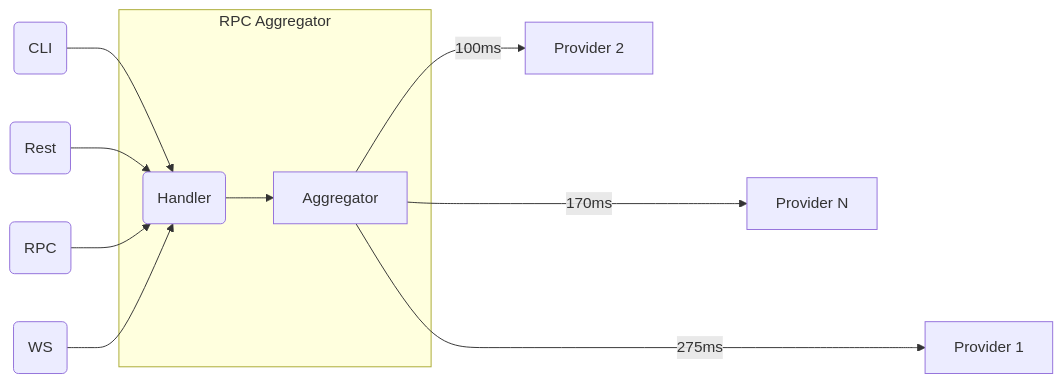
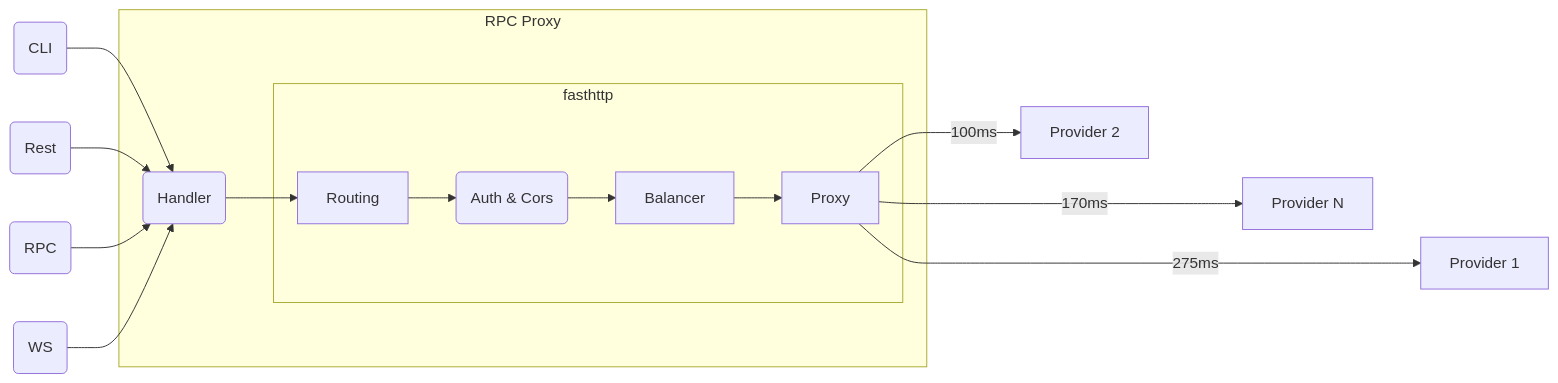
Before and after one commit to rpc-ag/rpc-aggregator: the diagram in README.md, drawn with Mermaid. The commit also changed other lines of this file, not shown here.

Commit message:
update flow chart

````diff
--- a/README.md
+++ b/README.md
@@ -12,13 +12,19 @@
 ```mermaid
 flowchart LR 
-    CC(CLI) --> RPCAggregator
-    RC(Rest) --> RPCAggregator
-    RPCC(RPC) --> RPCAggregator
-    WSC(WS) --> RPCAggregator
-    subgraph RPC Aggregator
-      RPCAggregator(Handler) --> Aggregator
+    CC(CLI) --> RPCProxy
+    RC(Rest) --> RPCProxy
+    RPCC(RPC) --> RPCProxy
+    WSC(WS) --> RPCProxy
+    subgraph RPC Proxy
+      RPCProxy(Handler) --> Routing
+        subgraph fasthttp
+         Routing --> Auth(Auth & Cors) 
+         Auth --> Balancer
+         Balancer --> Proxy
+        end
     end
-    Aggregator ---->|275ms| AS1[Provider 1] 
-    Aggregator -->|100ms| AS2[Provider 2] 
-    Aggregator --->|170ms| ASN[Provider N]
+    Proxy ---->|275ms| AS1[Provider 1] 
+    Proxy -->|100ms| AS2[Provider 2] 
+    Proxy --->|170ms| ASN[Provider N]
+
 ```
````
